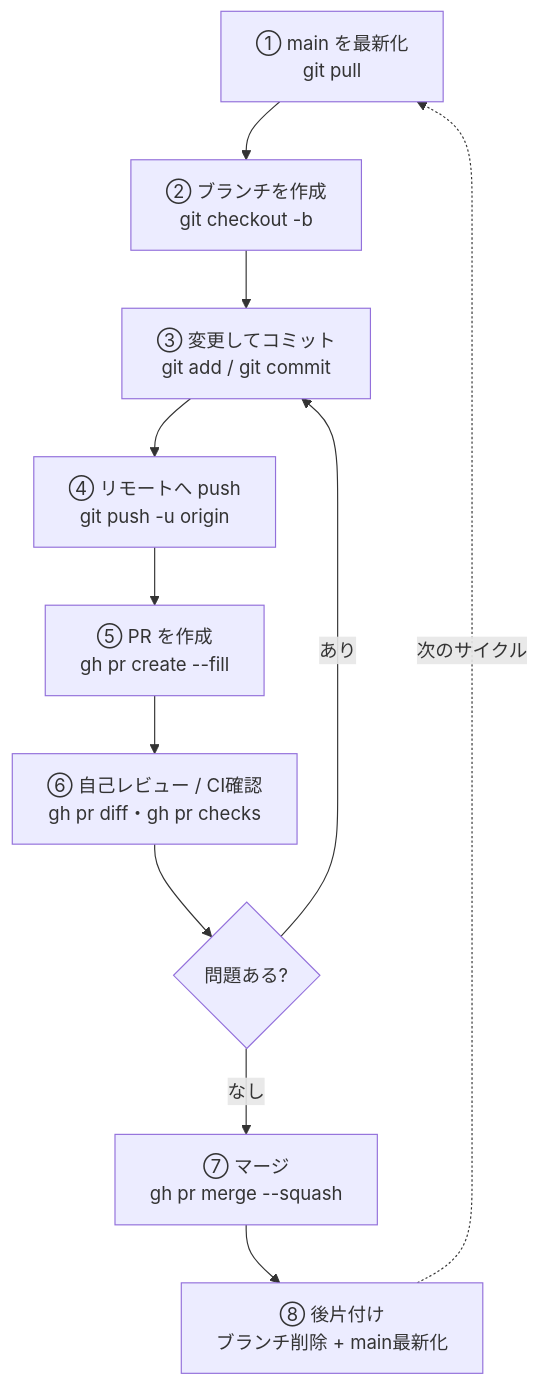
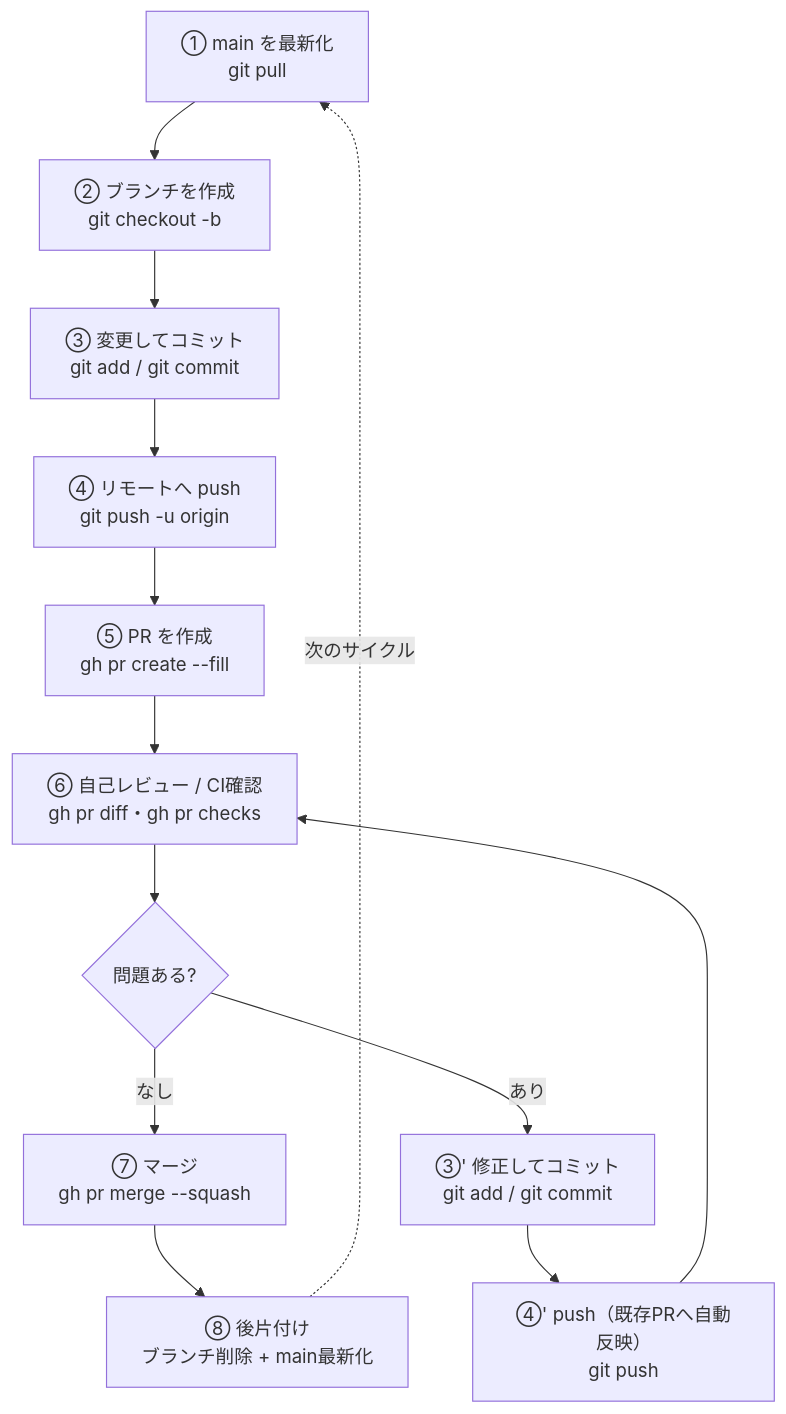
The diagram in docs/pr-workflow.md (mgmaru/coding-practice), drawn with Mermaid before and after one commit. The commit also changed other lines of this file, not shown here.

Commit message:
PR手順書: 「問題あり」時の修正ループを全体像に追加
自己レビューで問題が見つかった場合の流れ（修正コミット→push→PRに自動反映→再レビュー）を
Mermaid図・注記・本文⑥に明示。PRは作り直さない点を補足。

````diff
--- a/docs/pr-workflow.md
+++ b/docs/pr-workflow.md
@@ -8,13 +8,15 @@
 ```mermaid
 flowchart TD
   A["① main を最新化<br/>git pull"] --> B["② ブランチを作成<br/>git checkout -b"]
   B --> C["③ 変更してコミット<br/>git add / git commit"]
   C --> D["④ リモートへ push<br/>git push -u origin"]
   D --> E["⑤ PR を作成<br/>gh pr create --fill"]
   E --> F["⑥ 自己レビュー / CI確認<br/>gh pr diff・gh pr checks"]
   F --> G{"問題ある?"}
-  G -- あり --> C
   G -- なし --> H["⑦ マージ<br/>gh pr merge --squash"]
+  G -- あり --> R1["③' 修正してコミット<br/>git add / git commit"]
+  R1 --> R2["④' push（既存PRへ自動反映）<br/>git push"]
+  R2 --> F
   H --> I["⑧ 後片付け<br/>ブランチ削除 + main最新化"]
   I -. 次のサイクル .-> A
 ```
````
